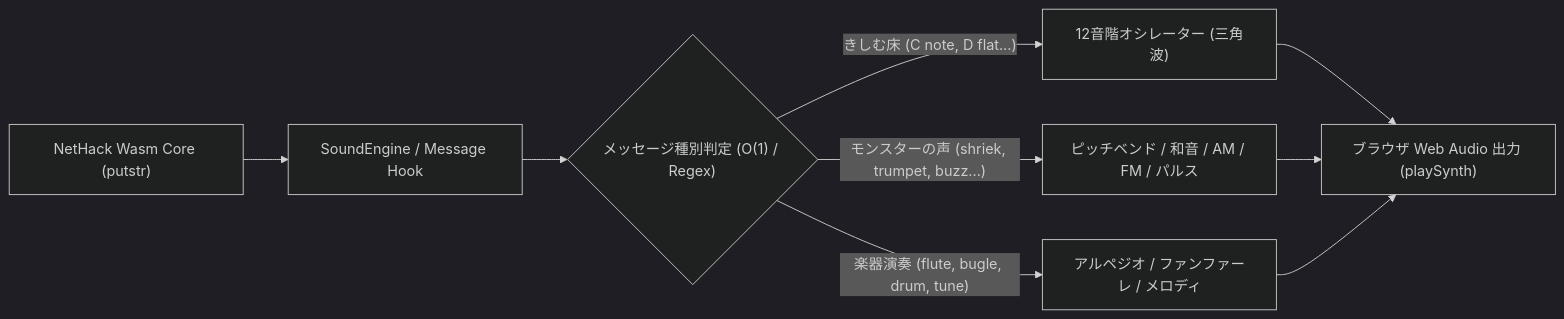
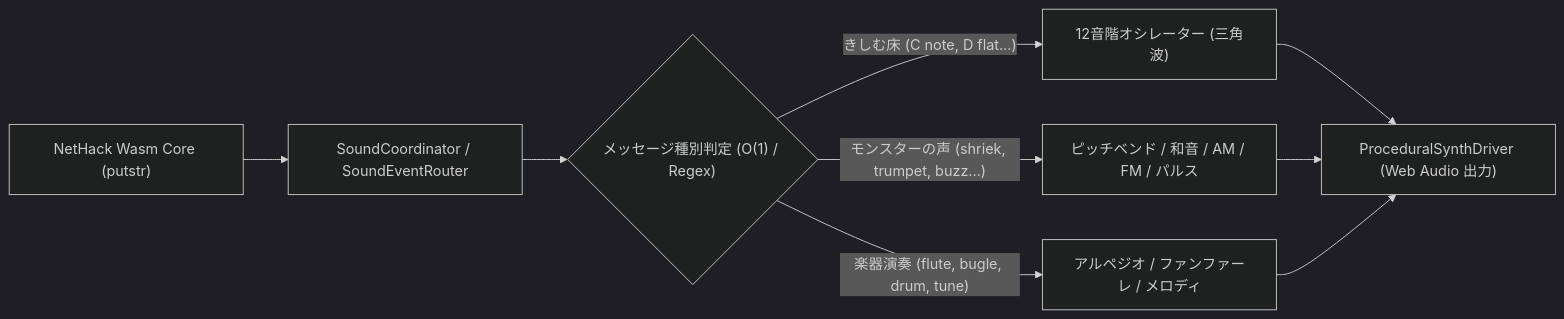
One commit to e3sh/Nethack-wasm-webUI changed the diagram in docs/4_sound/dynamic_musical_synthesis_concept.ja.md. Above: the diagram before and after it, drawn with Mermaid (dark theme). The commit also changed other lines of this file and 57 other files, not shown here.

````diff
--- a/docs/4_sound/dynamic_musical_synthesis_concept.ja.md
+++ b/docs/4_sound/dynamic_musical_synthesis_concept.ja.md
@@ -26,11 +30,11 @@
 ```mermaid
 flowchart LR
-    A["NetHack Wasm Core (putstr)"] --> B["SoundEngine / Message Hook"]
+    A["NetHack Wasm Core (putstr)"] --> B["SoundCoordinator / SoundEventRouter"]
     B --> C{"メッセージ種別判定 (O(1) / Regex)"}
     C -->|"きしむ床 (C note, D flat...)"| D["12音階オシレーター (三角波)"]
     C -->|"モンスターの声 (shriek, trumpet, buzz...)"| E["ピッチベンド / 和音 / AM / FM / パルス"]
     C -->|"楽器演奏 (flute, bugle, drum, tune)"| F["アルペジオ / ファンファーレ / メロディ"]
-    D --> G["ブラウザ Web Audio 出力 (playSynth)"]
+    D --> G["ProceduralSynthDriver (Web Audio 出力)"]
     E --> G
     F --> G
 ```
````
